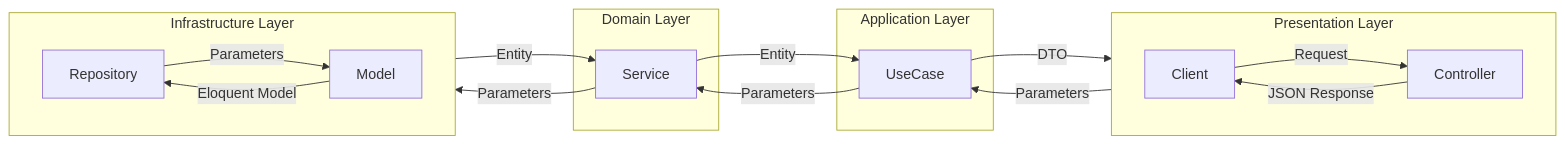
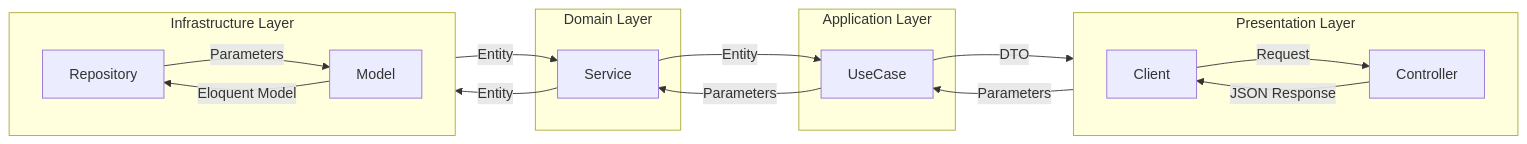
Before and after one commit to lmlucania/vetiq: the diagram in README.md, drawn with Mermaid. The commit also changed 21 other files, not shown here.

````diff
--- a/README.md
+++ b/README.md
@@ -61,30 +61,30 @@
 ```mermaid
 flowchart LR
     subgraph Presentation Layer
         direction LR
         Client
         Controller
         Client -->|Request| Controller
         Controller -->|JSON Response| Client
     end
     subgraph Application Layer
         UseCase
     end
     subgraph Domain Layer
         Service
     end
     subgraph Infrastructure Layer
         direction LR
         Repository
         Model
         Repository -->|Parameters| Model
 
         Model -->|Eloquent Model| Repository
     end
     Controller -->|Parameters| UseCase
     UseCase -->|DTO| Controller
     UseCase -->|Parameters| Service
-    Service -->|Parameters| Repository
+    Service -->|Entity| Repository
     Repository -->|Entity| Service
     Service -->|Entity| UseCase
 ```
````
